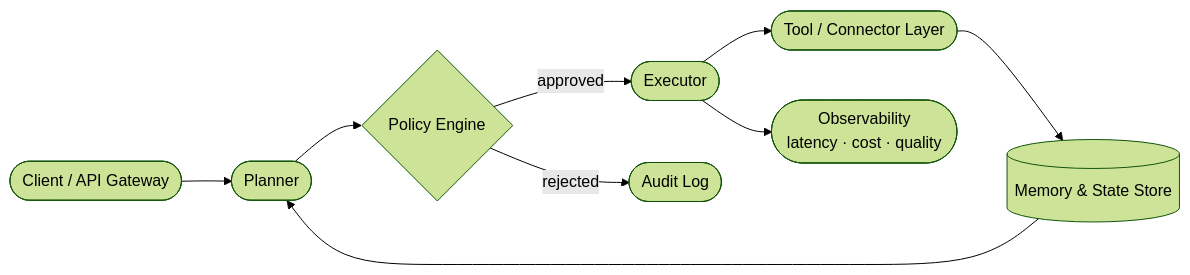
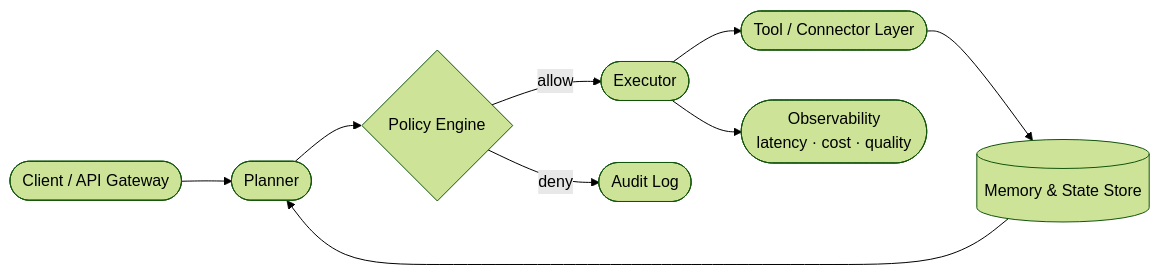
Before and after one commit to MinhAn15/Agent-Orchestrator-driven: the diagram in README.md, drawn with Mermaid (forest theme). The commit also changed other lines of this file, not shown here.

````diff
--- a/README.md
+++ b/README.md
@@ -35,11 +35,12 @@
 ```mermaid
 flowchart LR
     A(["Client / API Gateway"]) --> B(["Planner"])
     B --> C{"Policy Engine"}
-    C -->|"approved"| D(["Executor"])
-    C -->|"rejected"| E(["Audit Log"])
+    C -->|"allow"| D(["Executor"])
+    C -->|"deny"| E(["Audit Log"])
     D --> F(["Tool / Connector Layer"])
     F --> G[("Memory & State Store")]
-    D --> H(["Observability\nlatency · cost · quality"])
+    D --> H(["Observability
+latency · cost · quality"])
     G --> B
 ```
````
